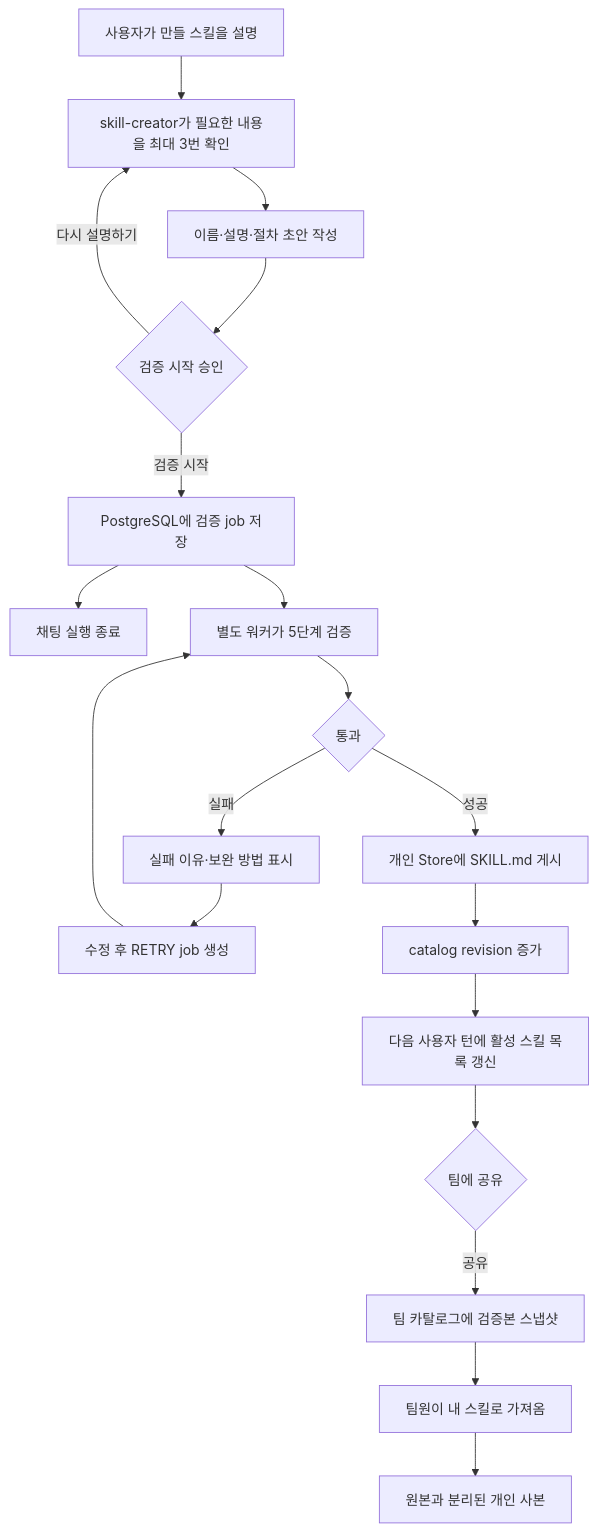
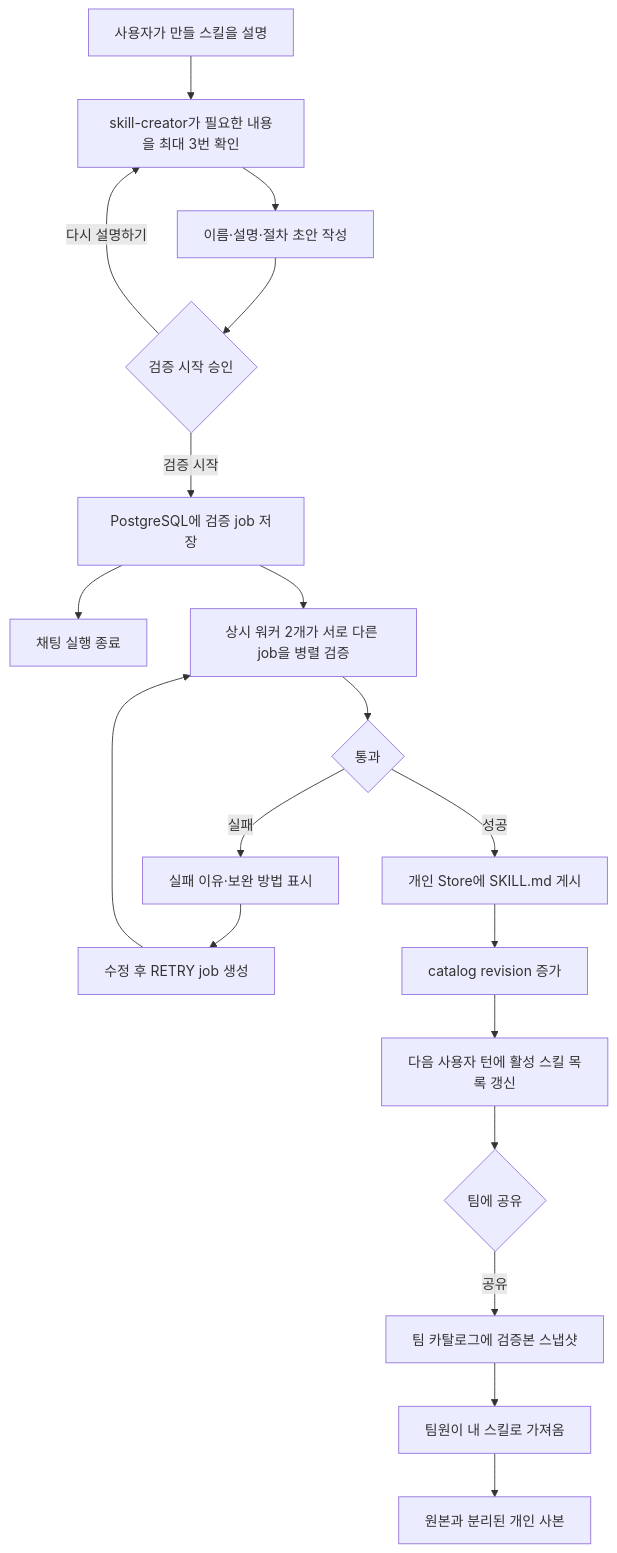
One commit to SKNETWORKS-FAMILY-AICAMP/SKN29-FINAL-2TEAM changed the diagram in docs/설계 및 구현/3_중간발표 이후/작업기록/Juyeon_Agents_Description/03_스킬_검증_등록_설계.md. Above: the diagram before and after it, drawn with Mermaid. The commit also changed other lines of this file and 43 other files, not shown here.

````diff
--- a/docs/설계 및 구현/3_중간발표 이후/작업기록/Juyeon_Agents_Description/03_스킬_검증_등록_설계.md
+++ b/docs/설계 및 구현/3_중간발표 이후/작업기록/Juyeon_Agents_Description/03_스킬_검증_등록_설계.md
@@ -8,21 +8,21 @@
 ```mermaid
 flowchart TD
     A[사용자가 만들 스킬을 설명] --> B[skill-creator가 필요한 내용을 최대 3번 확인]
     B --> C[이름·설명·절차 초안 작성]
     C --> D{검증 시작 승인}
     D -->|다시 설명하기| B
     D -->|검증 시작| E[PostgreSQL에 검증 job 저장]
     E --> F[채팅 실행 종료]
-    E --> G[별도 워커가 5단계 검증]
+    E --> G[상시 워커 2개가 서로 다른 job을 병렬 검증]
     G --> H{통과}
     H -->|실패| I[실패 이유·보완 방법 표시]
     I --> J[수정 후 RETRY job 생성]
     J --> G
     H -->|성공| K[개인 Store에 SKILL.md 게시]
     K --> L[catalog revision 증가]
     L --> M[다음 사용자 턴에 활성 스킬 목록 갱신]
     M --> N{팀에 공유}
     N -->|공유| O[팀 카탈로그에 검증본 스냅샷]
     O --> P[팀원이 내 스킬로 가져옴]
     P --> Q[원본과 분리된 개인 사본]
 ```
````
